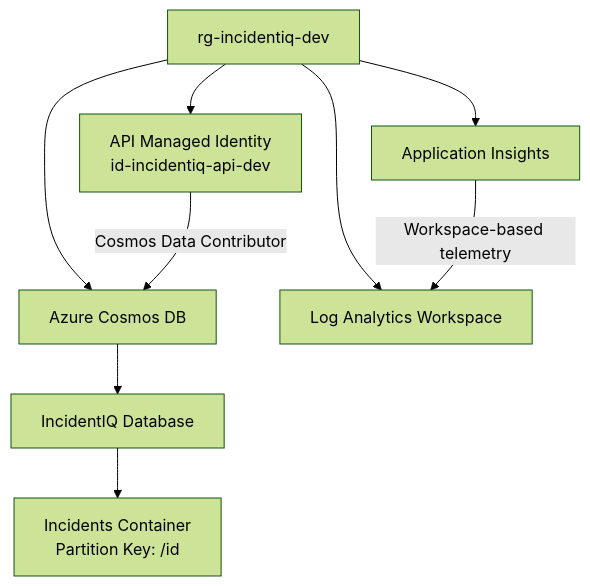
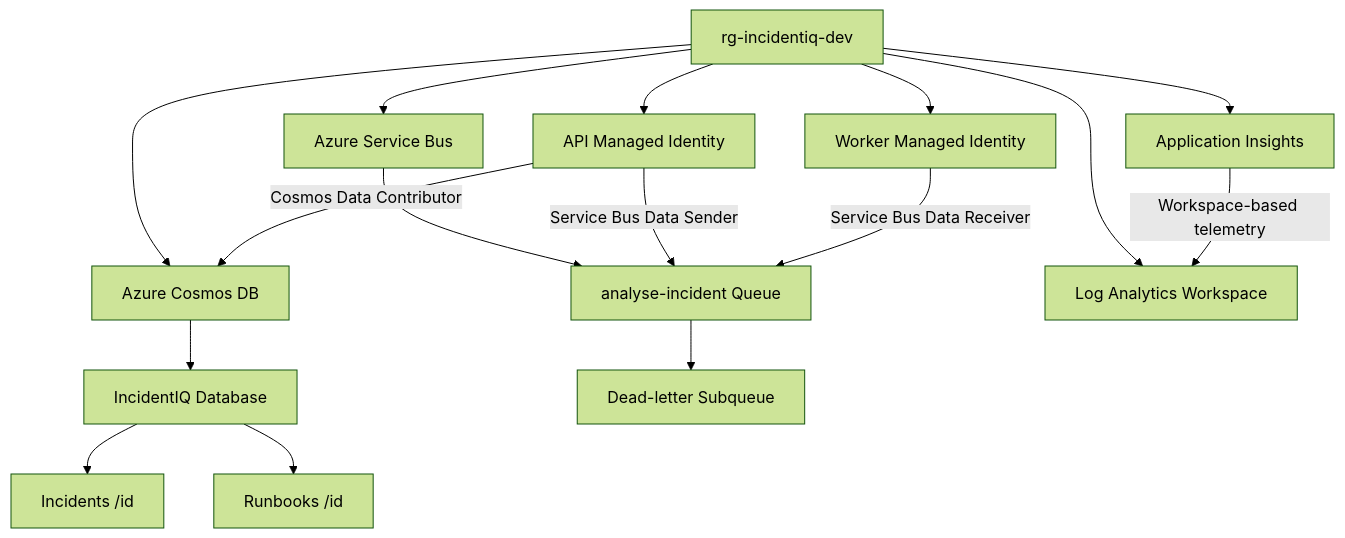
One commit to danielmusselwhite/IncidentIQ changed the third of 5 diagrams in infra/ReadMe.md. Above: the diagram before and after it, drawn with Mermaid (forest theme). The commit also changed other lines of this file and 31 other files, not shown here.

````diff
--- a/infra/ReadMe.md
+++ b/infra/ReadMe.md
@@ -158,16 +189,24 @@
 ```mermaid
 flowchart TD
     RG[rg-incidentiq-dev]
 
     RG --> COSMOS[Azure Cosmos DB]
     COSMOS --> DB[IncidentIQ Database]
-    DB --> INC[Incidents Container<br/>Partition Key: /id]
+    DB --> INC[Incidents /id]
+    DB --> RUN[Runbooks /id]
 
-    RG --> APIID[API Managed Identity<br/>id-incidentiq-api-dev]
+    RG --> SB[Azure Service Bus]
+    SB --> QUEUE[analyse-incident Queue]
+    QUEUE --> DLQ[Dead-letter Subqueue]
+
+    RG --> APIID[API Managed Identity]
+    RG --> WORKERID[Worker Managed Identity]
+
     APIID -->|Cosmos Data Contributor| COSMOS
+    APIID -->|Service Bus Data Sender| QUEUE
+    WORKERID -->|Service Bus Data Receiver| QUEUE
 
     RG --> LOG[Log Analytics Workspace]
     RG --> APPI[Application Insights]
-
     APPI -->|Workspace-based telemetry| LOG
 ```
````
